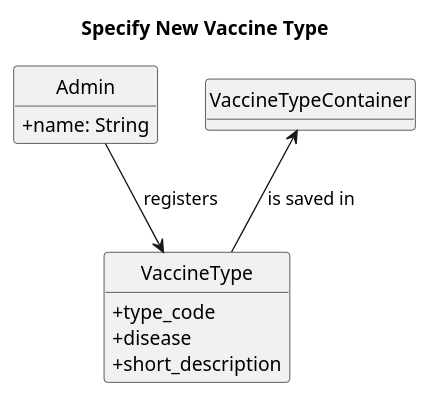
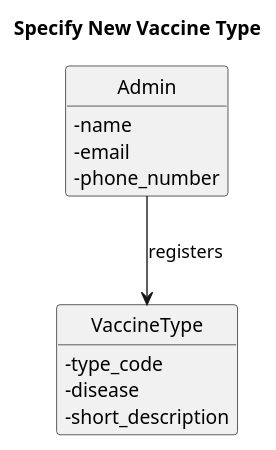
The diagram in docs/Sprint2/US10/puml/US10-MD.puml (Parafita123/leti-esoft-25-26-B1), drawn with PlantUML before and after one commit. The commit also changed 3 other files, not shown here.

```diff
--- a/docs/Sprint2/US10/puml/US10-MD.puml
+++ b/docs/Sprint2/US10/puml/US10-MD.puml
@@ -1,26 +1,23 @@
 @startuml
 
 hide circle
 skinparam classAttributeIconSize 0
 hide methods
 
 title Specify New Vaccine Type
 
 class Admin {
-      + name: String
-      + login(): void
+      - name
+      - email
+      - phone_number
   }
 
   class VaccineType {
-       + type_code
-       + disease
-       + short_description
-  }
-
-  class VaccineTypeContainer {
+       - type_code
+       - disease
+       - short_description
   }
 
 Admin --> VaccineType: registers
- VaccineTypeContainer <-- VaccineType: is saved in
 
 @enduml
```
